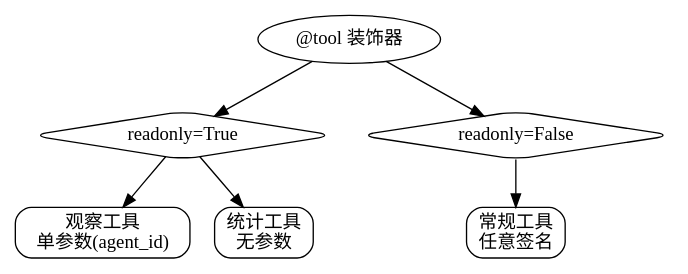
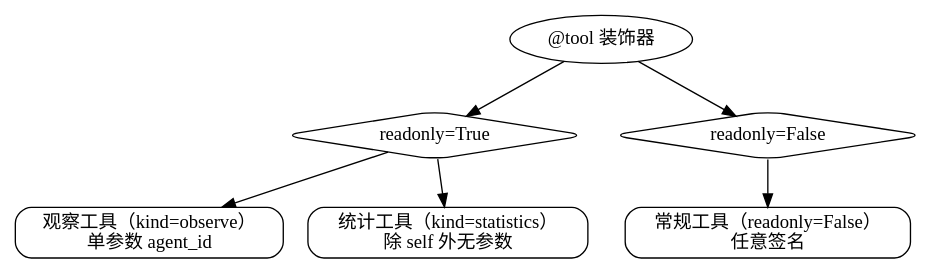
The third of 4 diagrams in packages/agentsociety2/docs/concepts.rst (miaoqijun/AgentSociety), drawn with Graphviz before and after one commit. The commit also changed other lines of this file and 23 other files, not shown here.

```diff
--- a/packages/agentsociety2/docs/concepts.rst
+++ b/packages/agentsociety2/docs/concepts.rst
@@ -202,26 +200,22 @@
 .. graphviz::
 
    digraph tool_hierarchy {
        rankdir=TB;
        node [shape=box, style=rounded];
 
        Root [label="@tool 装饰器", shape=ellipse];
 
        Readonly [label="readonly=True", shape=diamond];
        Readwrite [label="readonly=False", shape=diamond];
 
-       Observe [label="kind='observe'", shape=box];
-       Statistics [label="kind='statistics'", shape=box];
-       Regular [label="kind=None", shape=box];
+       Observe [label="观察工具（kind=observe）\n单参数 agent_id"];
+       Statistics [label="统计工具（kind=statistics）\n除 self 外无参数"];
+       Regular [label="常规工具（readonly=False）\n任意签名"];
 
        Root -> Readonly;
        Root -> Readwrite;
 
        Readonly -> Observe;
        Readonly -> Statistics;
        Readwrite -> Regular;
-
-       Observe [label="观察工具\n单参数(agent_id)"];
-       Statistics [label="统计工具\n无参数"];
-       Regular [label="常规工具\n任意签名"];
    }
```
